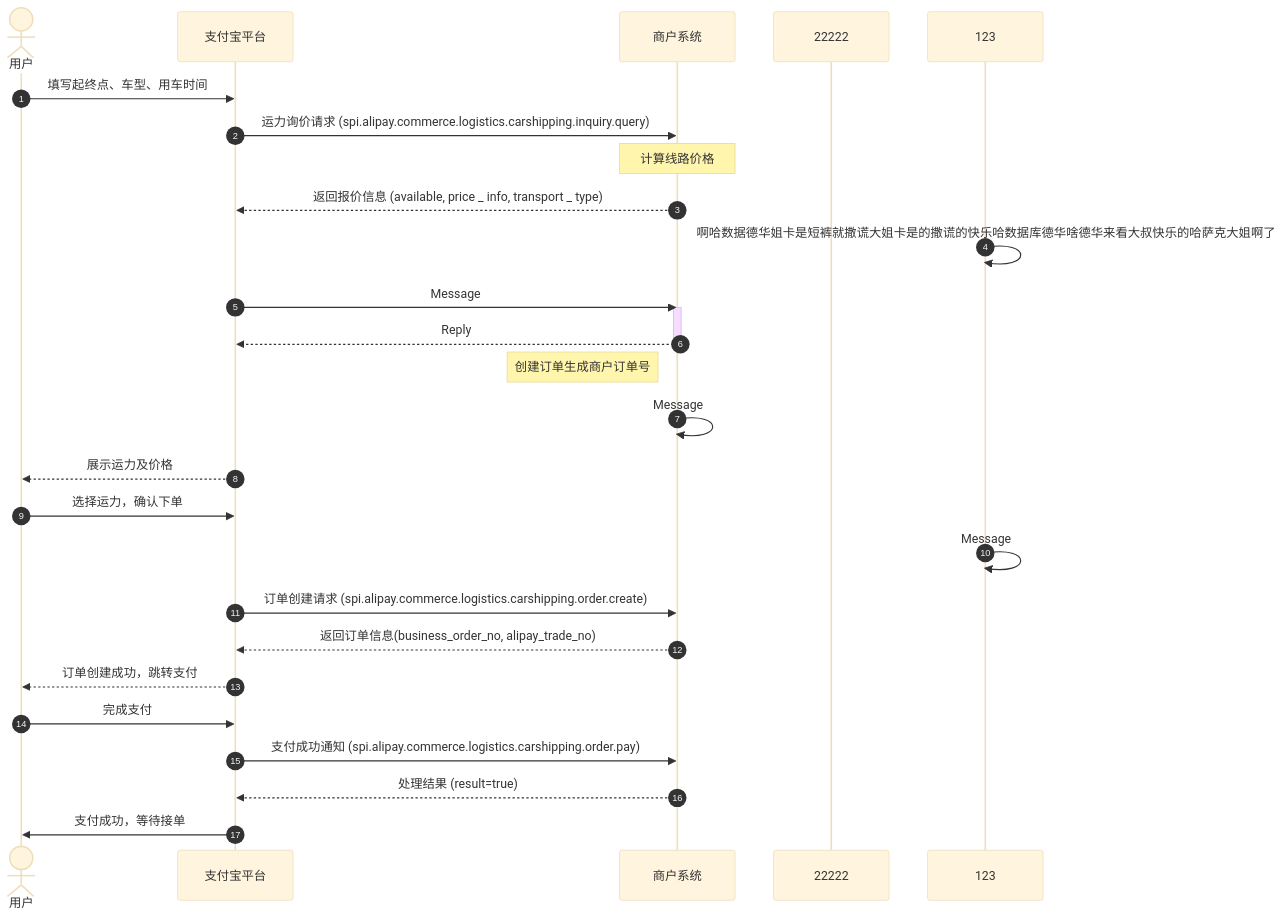
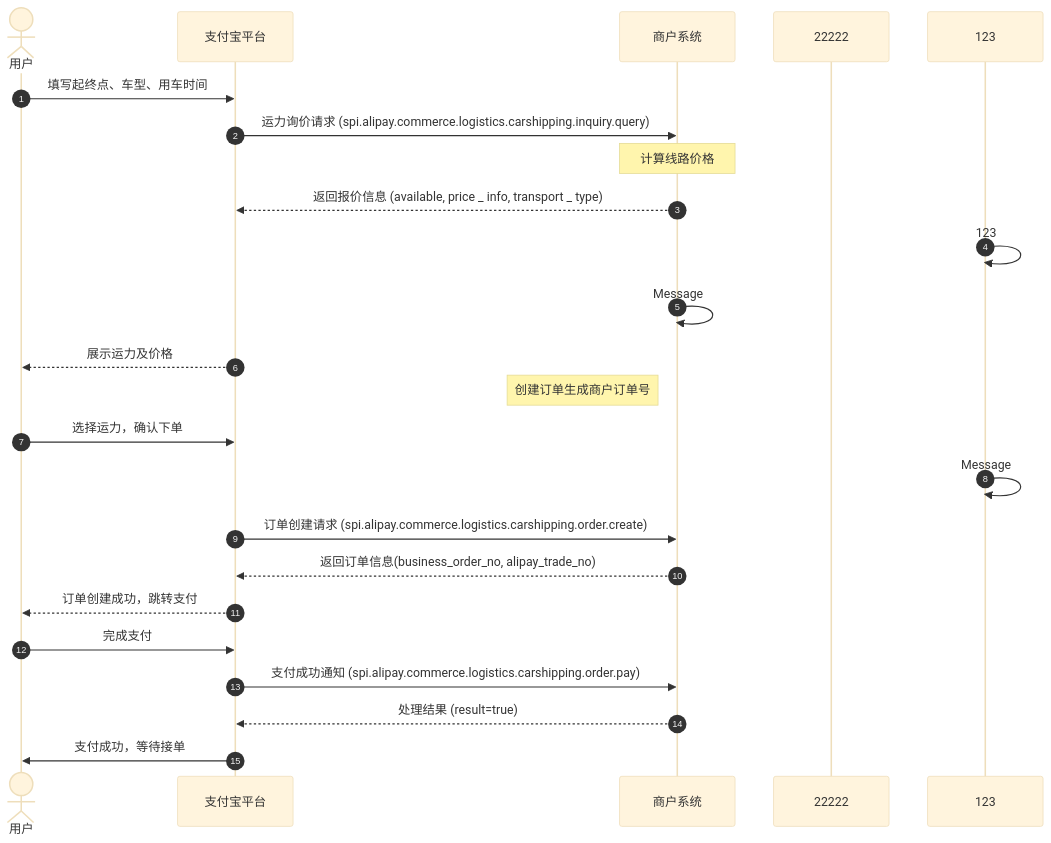
Before and after one commit to pingpm/mermaid_vault: the diagram in mmd/test_dba1b258-be6a-414c-9967-aedbcccfa44f.mmd, drawn with Mermaid (base theme). The commit also changed 2 other files, not shown here.

Commit message:
Sync Mermaid Studio data (8 diagrams)

```diff
--- a/mmd/test_dba1b258-be6a-414c-9967-aedbcccfa44f.mmd
+++ b/mmd/test_dba1b258-be6a-414c-9967-aedbcccfa44f.mmd
@@ -1,28 +1,24 @@
 sequenceDiagram
   autonumber
   actor p0 as 用户
   participant p1 as 支付宝平台
   participant p2 as 商户系统
   participant p3 as 22222
   participant p4 as 123
   p0->>p1: 填写起终点、⻋型、⽤⻋时间
   p1->>p2: 运⼒询价请求 (spi.alipay.commerce.logistics.carshipping.inquiry.query)
   Note over p2: 计算线路价格
   p2-->>p1: 返回报价信息 (available, price _ info, transport _ type)
-  p4->>p4: 啊哈数据德华姐卡是短裤就撒谎大姐卡是的撒谎的快乐哈数据库德华啥德华来看大叔快乐的哈萨克大姐啊了
-  p1->>p2: Message
-  activate p2
-  p2-->>p1: Reply
-  deactivate p2
-  Note left of p2: 创建订单⽣成商户订单号
+  p4->>p4: 123
   p2->>p2: Message
   p1-->>p0: 展示运⼒及价格
+  Note left of p2: 创建订单⽣成商户订单号
   p0->>p1: 选择运⼒，确认下单
   p4->>p4: Message
   p1->>p2: 订单创建请求 (spi.alipay.commerce.logistics.carshipping.order.create)
   p2-->>p1: 返回订单信息(business_order_no, alipay_trade_no)
   p1-->>p0: 订单创建成功，跳转⽀付
   p0->>p1: 完成⽀付
   p1->>p2: ⽀付成功通知 (spi.alipay.commerce.logistics.carshipping.order.pay)
   p2-->>p1: 处理结果 (result=true)
   p1->>p0: ⽀付成功，等待接单
```
